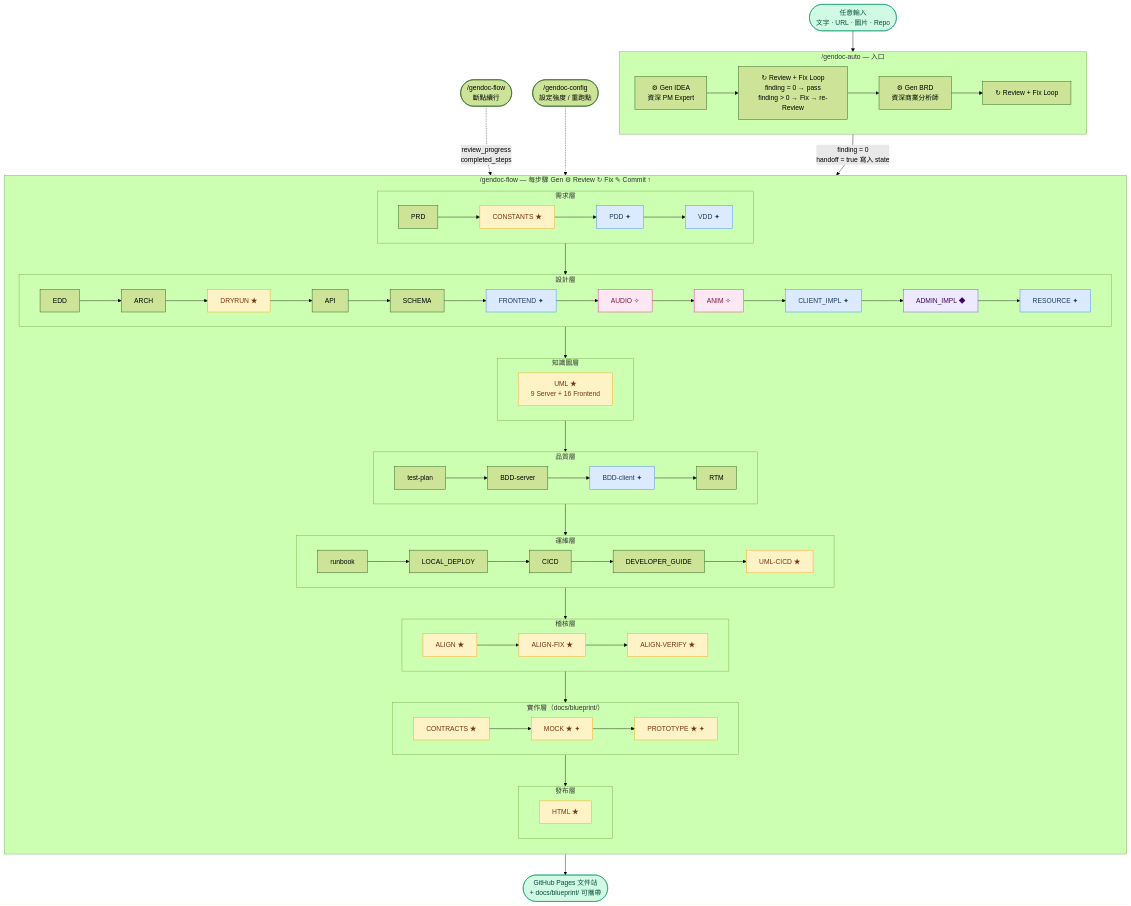
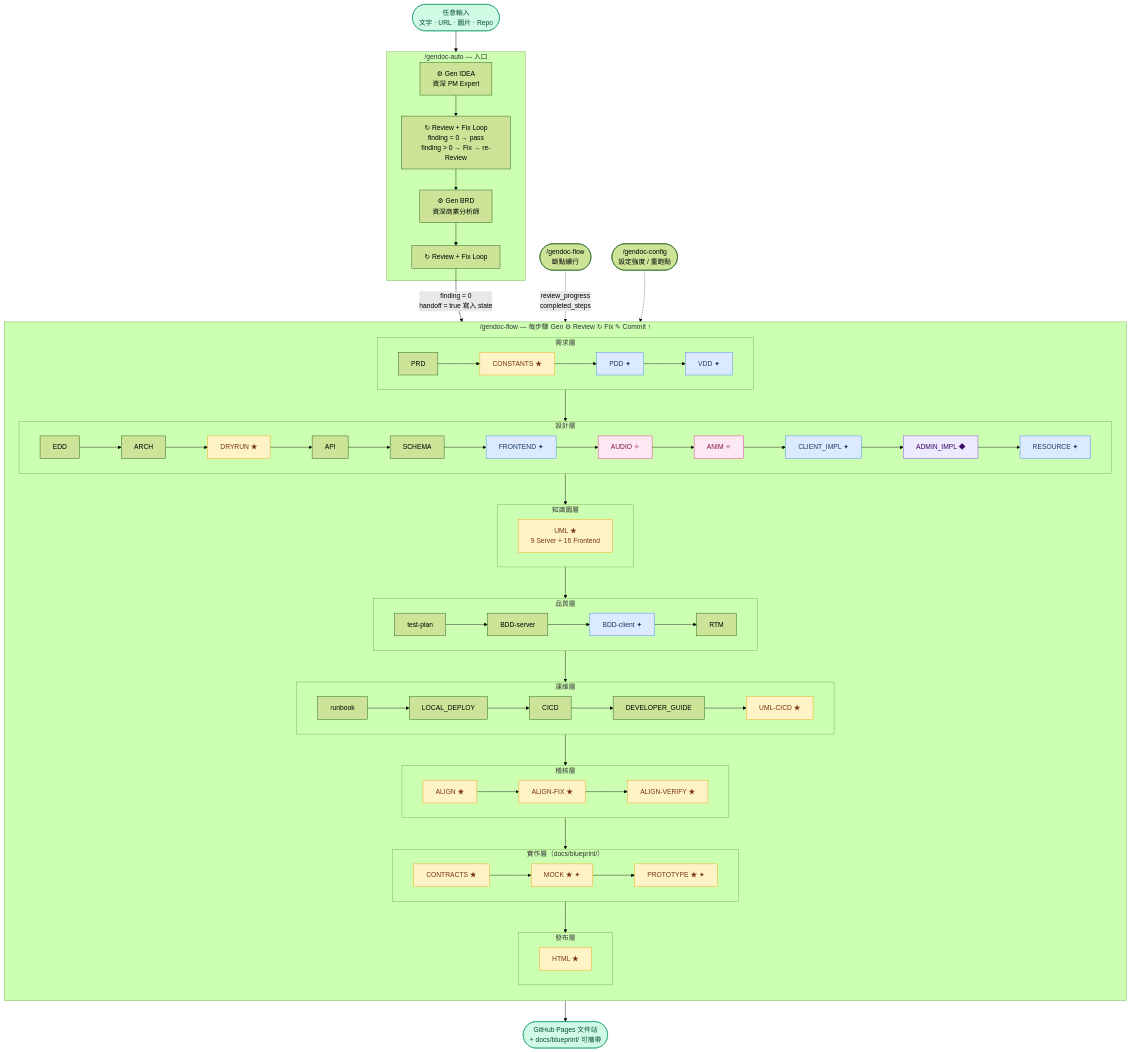
The second of 4 diagrams in docs/PRD.md (ibalasite/gendoc), drawn with Mermaid (forest theme) before and after one commit. The commit also changed other lines of this file and 3 other files, not shown here.

First line of the commit message:
docs(gendoc): pipeline 圖改 TD 排版 + 清除所有舊 D-step 名稱

````diff
--- a/docs/PRD.md
+++ b/docs/PRD.md
@@ -461,57 +461,51 @@
 ```mermaid
 flowchart TD
     INPUT([任意輸入\n文字 · URL · 圖片 · Repo]) --> AUTO
     subgraph AUTO["/gendoc-auto — 入口"]
-        direction LR
         G1["⚙ Gen IDEA\n資深 PM Expert"] --> R1["↻ Review + Fix Loop\nfinding = 0 → pass\nfinding > 0 → Fix → re-Review"]
         R1 --> G2["⚙ Gen BRD\n資深商業分析師"]
         G2 --> R2["↻ Review + Fix Loop"]
     end
     R2 -->|"finding = 0\nhandoff = true 寫入 state"| FLOW
     subgraph FLOW["/gendoc-flow — 每步驟 Gen ⚙ Review ↻ Fix ✎ Commit ↑"]
         direction TD
         subgraph REQ["需求層"]
-            direction LR
             NP["PRD"] --> NCO["CONSTANTS ★"] --> NPD["PDD ✦"] --> NVD["VDD ✦"]
         end
         subgraph DES["設計層"]
-            direction LR
             NED["EDD"] --> NAR["ARCH"] --> NDR["DRYRUN ★"] --> NAPI["API"] --> NSC["SCHEMA"] --> NFR["FRONTEND ✦"] --> NAU["AUDIO ✧"] --> NAN["ANIM ✧"] --> NCI["CLIENT_IMPL ✦"] --> NAIM["ADMIN_IMPL ◆"] --> NRS["RESOURCE ✦"]
         end
         subgraph UML_L["知識圖層"]
             NUML["UML ★\n9 Server + 16 Frontend"]
         end
         subgraph QA["品質層"]
-            direction LR
             NTP["test-plan"] --> NBS["BDD-server"] --> NBC["BDD-client ✦"] --> NRTM["RTM"]
         end
         subgraph OPS["運維層"]
-            direction LR
             NRB["runbook"] --> NLD["LOCAL_DEPLOY"] --> NCIC["CICD"] --> NDG["DEVELOPER_GUIDE"] --> NUC["UML-CICD ★"]
         end
         subgraph AUDIT["稽核層"]
             NAL["ALIGN ★"] --> NALF["ALIGN-FIX ★"] --> NALV["ALIGN-VERIFY ★"]
         end
         subgraph IMPL["實作層（docs/blueprint/）"]
-            direction LR
             NCT["CONTRACTS ★"] --> NMK["MOCK ★ ✦"] --> NPRT["PROTOTYPE ★ ✦"]
         end
         subgraph PUB["發布層"]
             NHL["HTML ★"]
         end
         REQ --> DES --> UML_L --> QA --> OPS --> AUDIT --> IMPL --> PUB
     end
     FLOW --> DONE([GitHub Pages 文件站\n+ docs/blueprint/ 可攜帶])
     RESUME(["/gendoc-flow\n斷點續行"]) -.->|"review_progress\ncompleted_steps"| FLOW
     CONFIG(["/gendoc-config\n設定強度 / 重跑點"]) -.-> FLOW
     classDef condNode fill:#dbeafe,stroke:#3b82f6,color:#1e3a5f
     classDef gameNode fill:#fce7f3,stroke:#db2777,color:#831843
     classDef specNode fill:#fef3c7,stroke:#f59e0b,color:#78350f
     classDef adminNode fill:#ede9fe,stroke:#7c3aed,color:#3b0764
     classDef ioNode fill:#d1fae5,stroke:#059669,color:#064e3b
     class NPD,NVD,NFR,NBC,NCI,NRS,NMK,NPRT condNode
     class NAU,NAN gameNode
     class NCO,NDR,NUML,NUC,NAL,NALF,NALV,NCT,NMK,NPRT,NHL specNode
     class NAIM adminNode
     class INPUT,DONE ioNode
 ```
````
